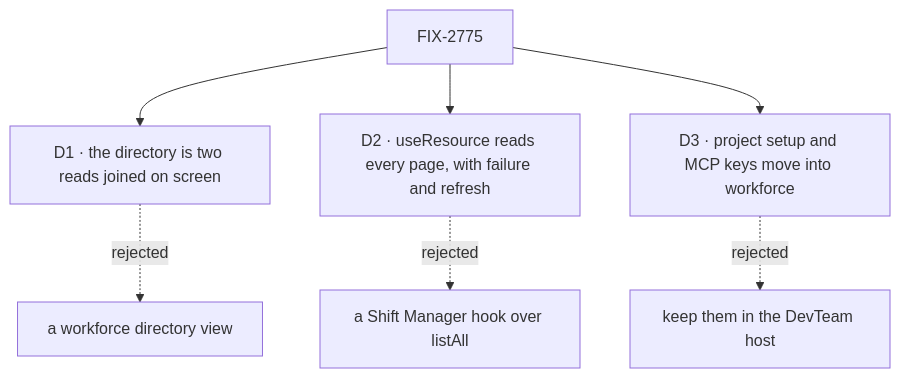
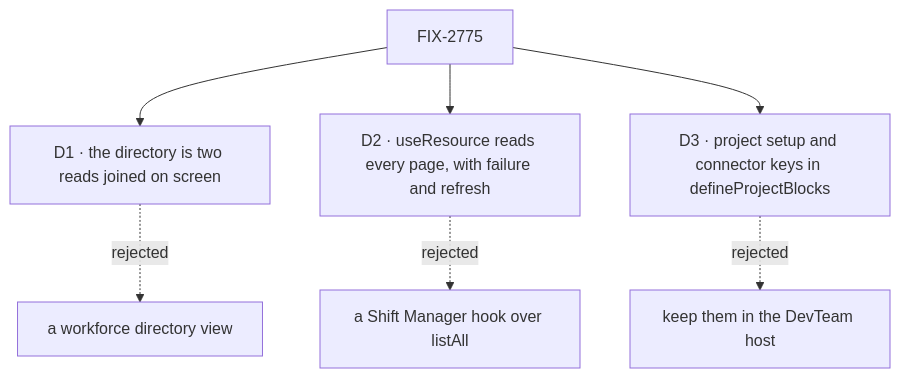
The diagram in specs/issues/FIX-2775/DECISIONS.md (fixpoint-labs/flow-state-dev), drawn with Mermaid before and after one commit. The commit also changed other lines of this file and 3 other files, not shown here.

````diff
--- a/specs/issues/FIX-2775/DECISIONS.md
+++ b/specs/issues/FIX-2775/DECISIONS.md
@@ -11,9 +11,9 @@
 ```mermaid
 flowchart TD
   E["FIX-2775"] --> D1["D1 · the directory is two reads joined on screen"]
   D1 -.->|"rejected"| X1["a workforce directory view"]
   E --> D2["D2 · useResource reads every page, with failure and refresh"]
   D2 -.->|"rejected"| X2["a Shift Manager hook over listAll"]
-  E --> D3["D3 · project setup and MCP keys move into workforce"]
+  E --> D3["D3 · project setup and connector keys in defineProjectBlocks"]
   D3 -.->|"rejected"| X3["keep them in the DevTeam host"]
 ```
````
